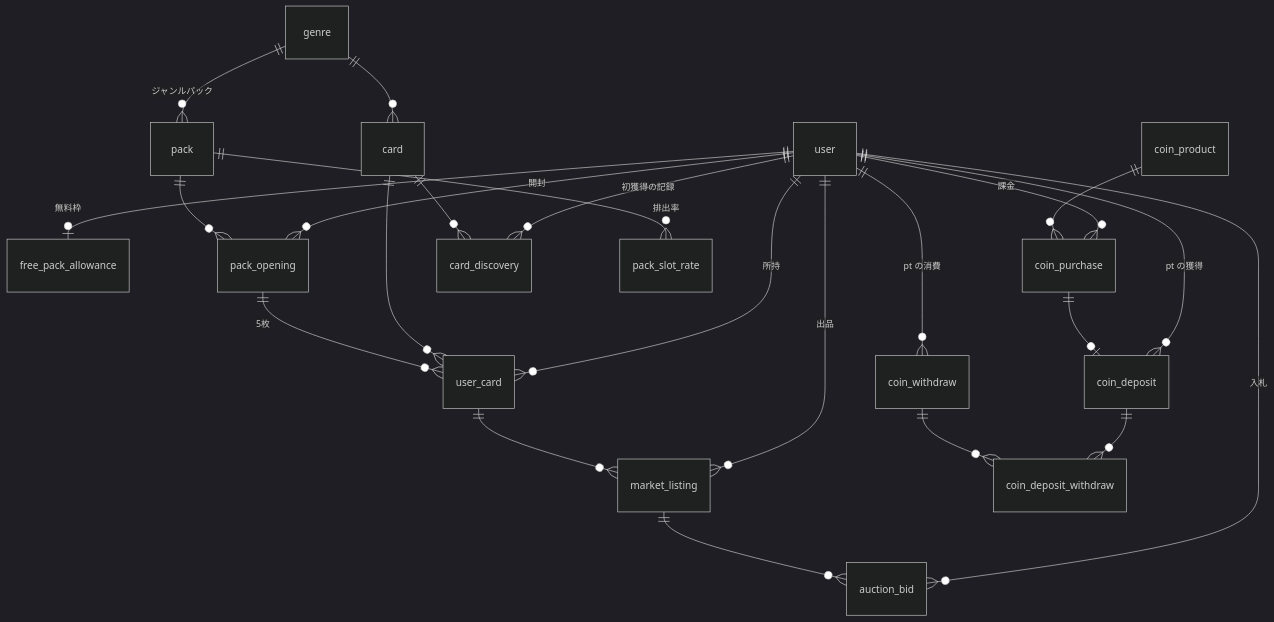
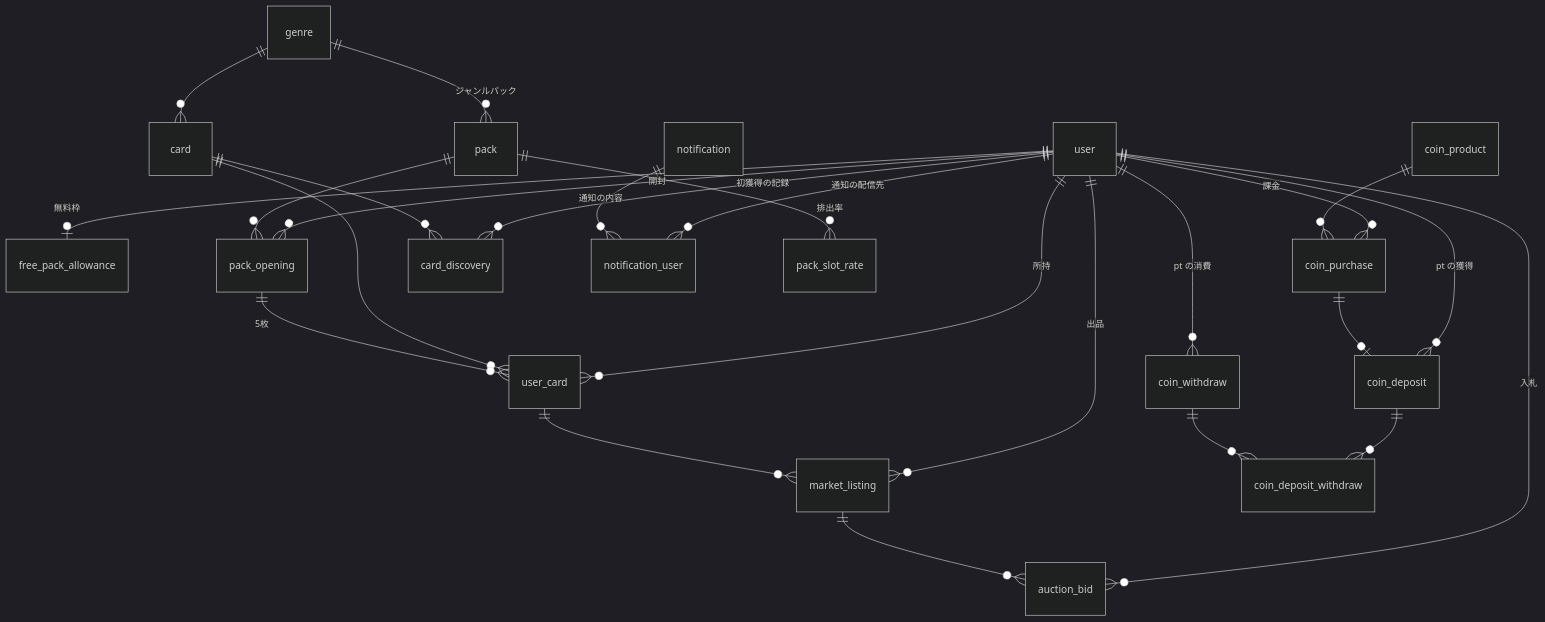
Before and after one commit to matsupiee/wiki-collection: the diagram in docs/design/database.md, drawn with Mermaid (dark theme). The commit also changed other lines of this file and 179 other files, not shown here.

````diff
--- a/docs/design/database.md
+++ b/docs/design/database.md
@@ -11,30 +11,32 @@
 ```mermaid
 erDiagram
   user ||--o| free_pack_allowance : "無料枠"
   user ||--o{ coin_deposit : "pt の獲得"
   user ||--o{ coin_withdraw : "pt の消費"
   user ||--o{ coin_purchase : "課金"
   user ||--o{ pack_opening : "開封"
   user ||--o{ user_card : "所持"
   user ||--o{ card_discovery : "初獲得の記録"
   user ||--o{ market_listing : "出品"
+  user ||--o{ notification_user : "通知の配信先"
+  notification ||--o{ notification_user : "通知の内容"
   user ||--o{ auction_bid : "入札"
 
   coin_deposit ||--o{ coin_deposit_withdraw : ""
   coin_withdraw ||--o{ coin_deposit_withdraw : ""
 
   genre ||--o{ card : ""
   genre ||--o{ pack : "ジャンルパック"
   card ||--o{ user_card : ""
   card ||--o{ card_discovery : ""
 
   pack ||--o{ pack_slot_rate : "排出率"
   pack ||--o{ pack_opening : ""
   pack_opening ||--o{ user_card : "5枚"
 
   user_card ||--o{ market_listing : ""
   market_listing ||--o{ auction_bid : ""
 
   coin_product ||--o{ coin_purchase : ""
   coin_purchase ||--o| coin_deposit : ""
 ```
````
